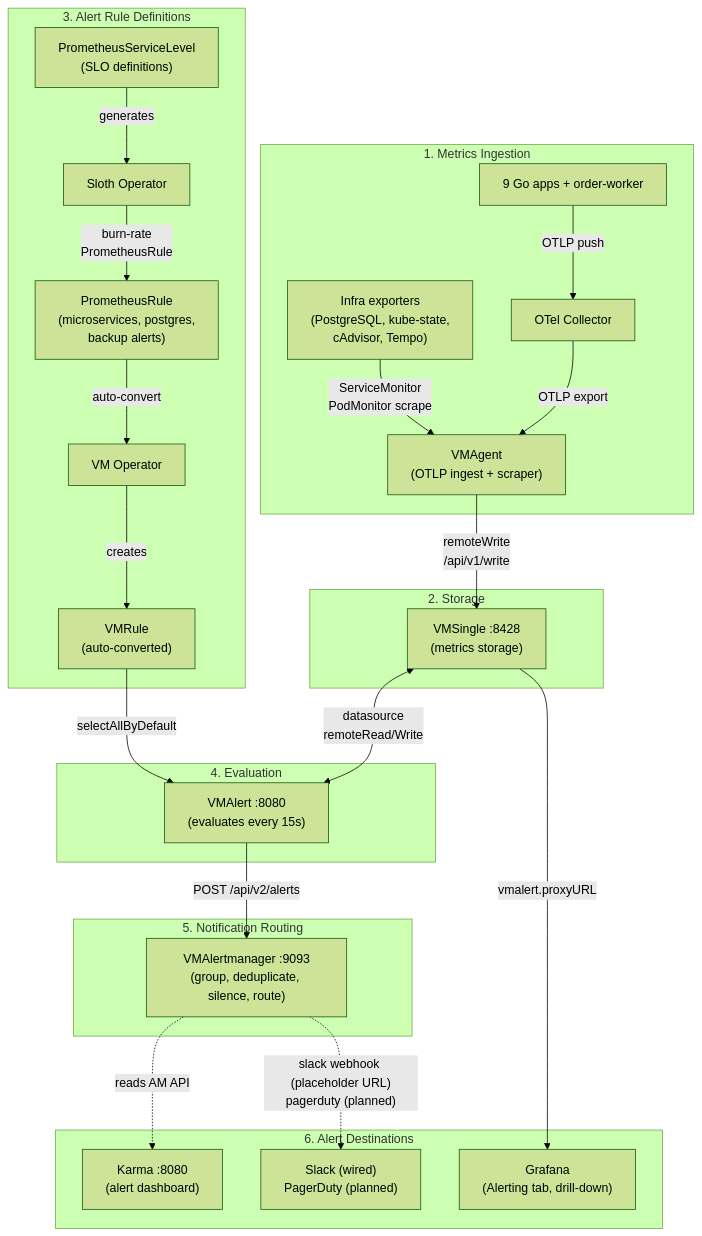
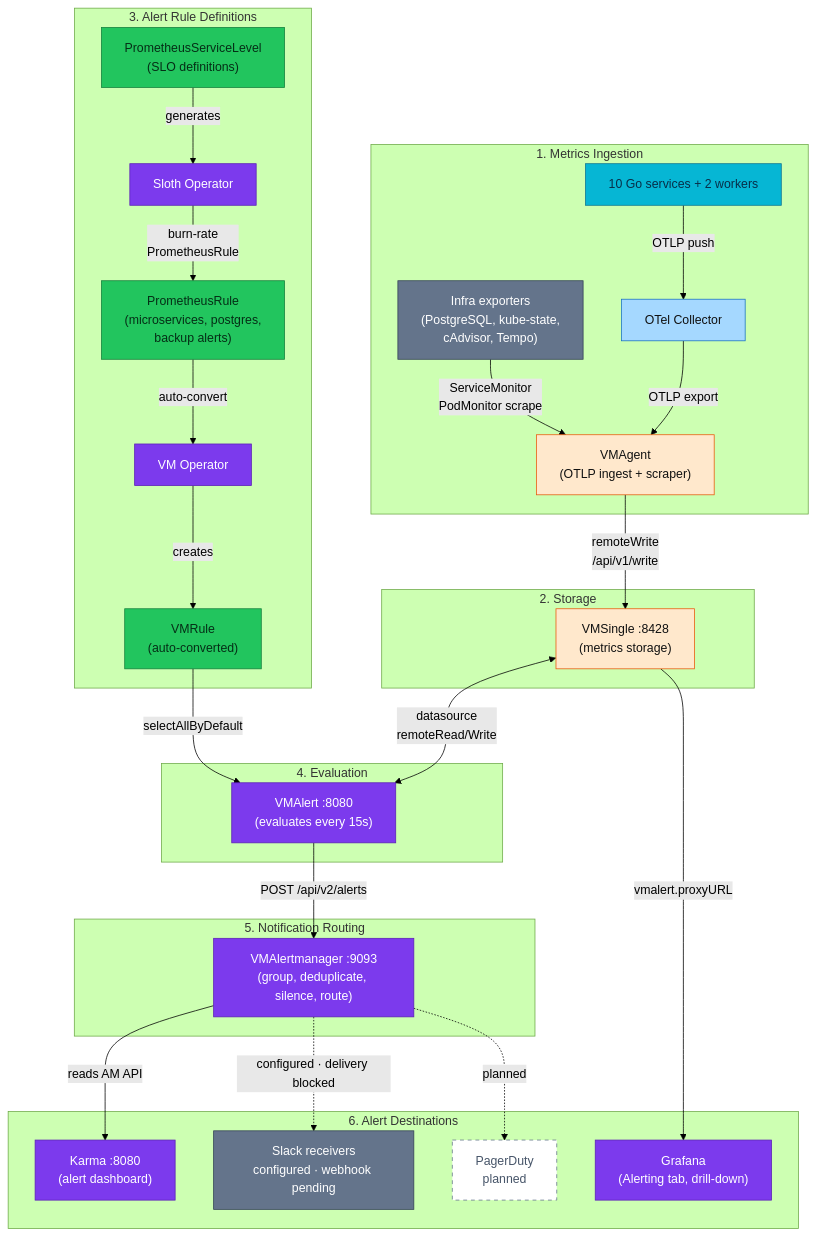
The first of 3 diagrams in docs/observability/alerting/README.md (duynhlab/homelab), drawn with Mermaid (forest theme) before and after one commit. The commit also changed other lines of this file and 33 other files, not shown here.

First line of the commit message:
Refresh observability diagrams (#516)

````diff
--- a/docs/observability/alerting/README.md
+++ b/docs/observability/alerting/README.md
@@ -9,51 +9,68 @@
 ```mermaid
 flowchart TD
     subgraph ingestion ["1. Metrics Ingestion"]
-        Apps["9 Go apps + order-worker"]
+        Apps["10 Go services + 2 workers"]
         Infra["Infra exporters<br/>(PostgreSQL, kube-state,<br/>cAdvisor, Tempo)"]
         OTEL["OTel Collector"]
         VMAgent["VMAgent<br/>(OTLP ingest + scraper)"]
         Apps -->|"OTLP push"| OTEL
         OTEL -->|"OTLP export"| VMAgent
         Infra -->|"ServiceMonitor<br/>PodMonitor scrape"| VMAgent
     end
 
     subgraph storage ["2. Storage"]
         VMSingle["VMSingle :8428<br/>(metrics storage)"]
         VMAgent -->|"remoteWrite<br/>/api/v1/write"| VMSingle
     end
 
     subgraph rules ["3. Alert Rule Definitions"]
         PR["PrometheusRule<br/>(microservices, postgres,<br/>backup alerts)"]
         PSL["PrometheusServiceLevel<br/>(SLO definitions)"]
         Sloth["Sloth Operator"]
         VMOp["VM Operator"]
         VMRule["VMRule<br/>(auto-converted)"]
 
         PSL -->|generates| Sloth
         Sloth -->|"burn-rate<br/>PrometheusRule"| PR
         PR -->|auto-convert| VMOp
         VMOp -->|creates| VMRule
     end
 
     subgraph evaluation ["4. Evaluation"]
         VMAlert["VMAlert :8080<br/>(evaluates every 15s)"]
         VMRule -->|selectAllByDefault| VMAlert
         VMSingle <-->|"datasource<br/>remoteRead/Write"| VMAlert
     end
 
     subgraph notification ["5. Notification Routing"]
         VMAM["VMAlertmanager :9093<br/>(group, deduplicate, silence, route)"]
         VMAlert -->|"POST /api/v2/alerts"| VMAM
     end
 
     subgraph destinations ["6. Alert Destinations"]
         Karma["Karma :8080<br/>(alert dashboard)"]
         Grafana["Grafana<br/>(Alerting tab, drill-down)"]
-        Slack["Slack (wired)<br/>PagerDuty (planned)"]
+        Slack["Slack receivers<br/>configured · webhook pending"]
+        PagerDuty["PagerDuty<br/>planned"]
 
-        VMAM -.->|"reads AM API"| Karma
+        VMAM -->|"reads AM API"| Karma
         VMSingle -->|"vmalert.proxyURL"| Grafana
-        VMAM -.->|"slack webhook (placeholder URL)<br/>pagerduty (planned)"| Slack
+        VMAM -.->|"configured · delivery blocked"| Slack
+        VMAM -.->|"planned"| PagerDuty
     end
+
+    classDef service fill:#06b6d4,color:#082f49,stroke:#0e7490;
+    classDef platform fill:#7c3aed,color:#fff,stroke:#5b21b6;
+    classDef external fill:#64748b,color:#fff,stroke:#334155;
+    classDef metric fill:#ffe8cc,color:#111,stroke:#e8590c;
+    classDef collector fill:#a5d8ff,color:#111,stroke:#1971c2;
+    classDef data fill:#22c55e,color:#052e16,stroke:#15803d;
+    classDef planned fill:#fff,color:#475569,stroke:#64748b,stroke-dasharray:5 5;
+    class Apps service;
+    class OTEL collector;
+    class VMAgent,VMSingle metric;
+    class PR,PSL,VMRule data;
+    class Sloth,VMOp,VMAlert,VMAM,Karma,Grafana platform;
+    class Infra,Slack external;
+    class PagerDuty planned;
 ```
````
